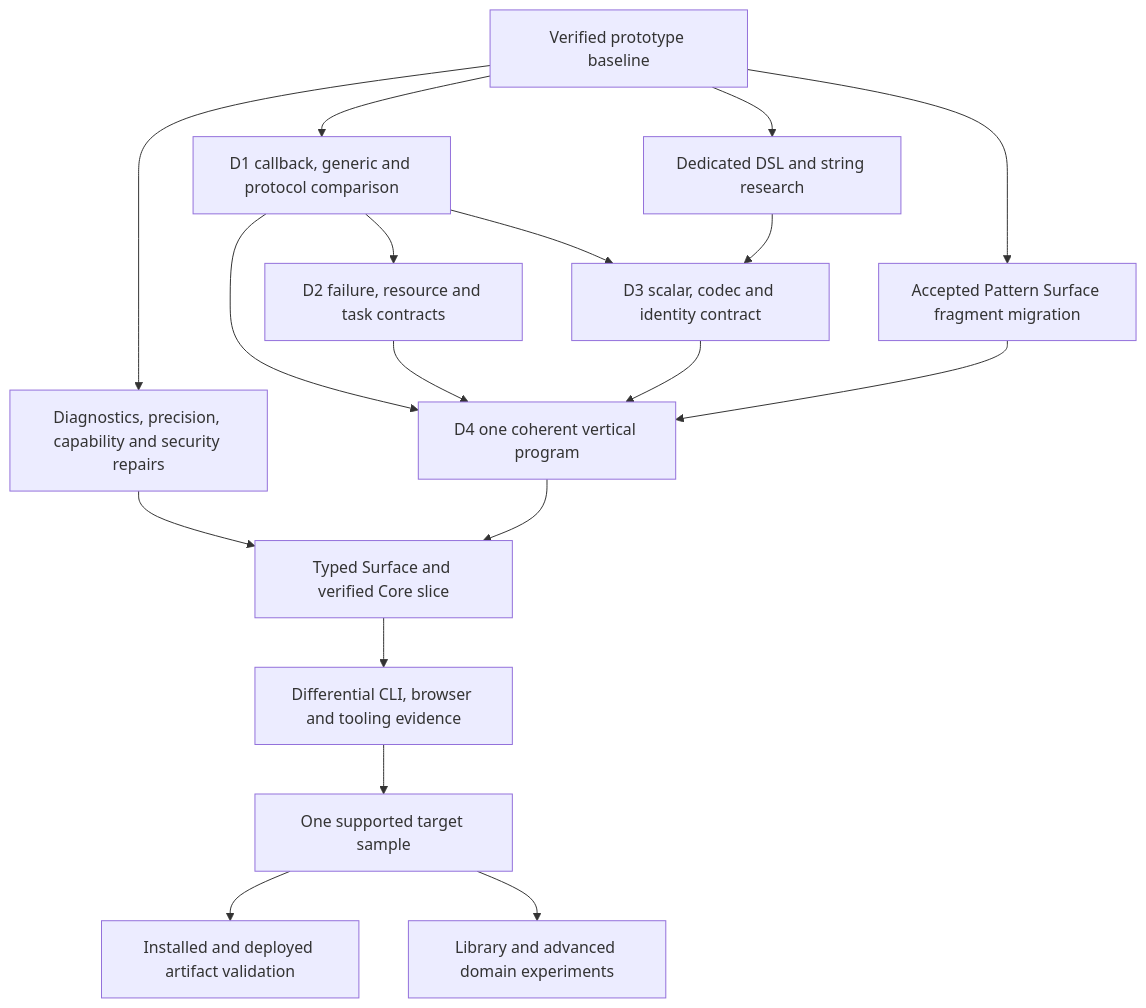
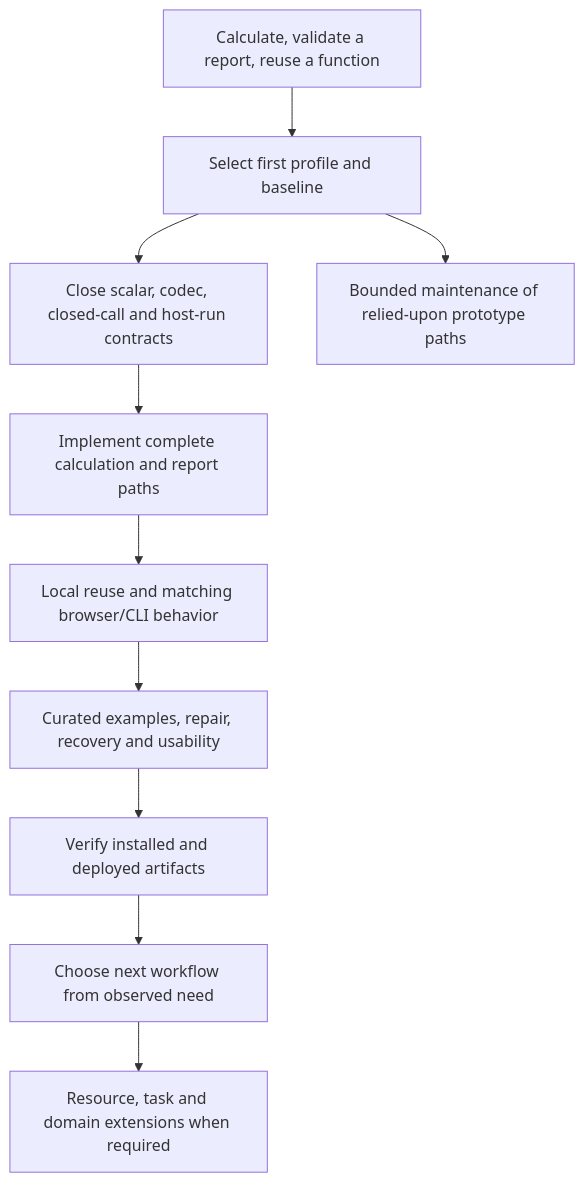
Before and after one commit to durgadatta/nomi: the diagram in docs/orientation/project_roadmap.md, drawn with Mermaid. The commit also changed other lines of this file and 9 other files, not shown here.

Commit message:
docs: converge roadmap on first usable product

````diff
--- a/docs/orientation/project_roadmap.md
+++ b/docs/orientation/project_roadmap.md
@@ -1307,20 +1313,12 @@
 ```mermaid
 flowchart TD
-    B[Verified prototype baseline] --> H[Diagnostics, precision, capability and security repairs]
-    B --> F[D1 callback, generic and protocol comparison]
-    B --> P[Accepted Pattern Surface fragment migration]
-    B --> DSL[Dedicated DSL and string research]
-    F --> O[D2 failure, resource and task contracts]
-    F --> S[D3 scalar, codec and identity contract]
-    DSL --> S
-    F --> V[D4 one coherent vertical program]
-    O --> V
-    S --> V
-    P --> V
-    H --> I[Typed Surface and verified Core slice]
-    V --> I
-    I --> C[Differential CLI, browser and tooling evidence]
-    C --> U[One supported target sample]
-    U --> R[Installed and deployed artifact validation]
-    U --> X[Library and advanced domain experiments]
+    U[Calculate, validate a report, reuse a function] --> S[Select first profile and baseline]
+    S --> C[Close scalar, codec, closed-call and host-run contracts]
+    C --> I[Implement complete calculation and report paths]
+    I --> R[Local reuse and matching browser/CLI behavior]
+    R --> P[Curated examples, repair, recovery and usability]
+    P --> D[Verify installed and deployed artifacts]
+    D --> X[Choose next workflow from observed need]
+    X --> E[Resource, task and domain extensions when required]
+    S --> H[Bounded maintenance of relied-upon prototype paths]
 ```
````
